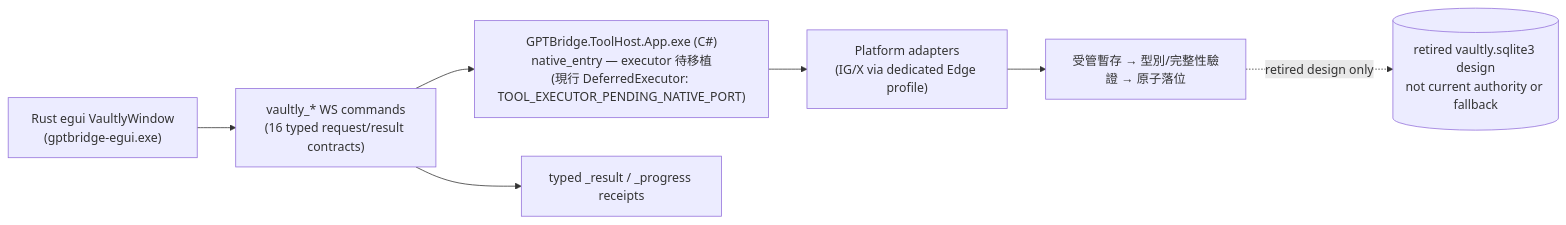
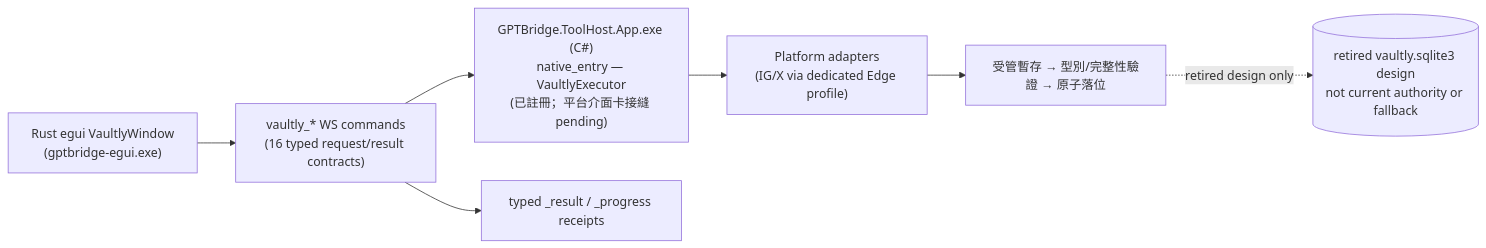
Before and after one commit to guilty442-source/GPTBridge: the diagram in governance_rule/codex/architecture-tool-vaultly.md, drawn with Mermaid. The commit also changed other lines of this file and 21 other files, not shown here.

````diff
--- a/governance_rule/codex/architecture-tool-vaultly.md
+++ b/governance_rule/codex/architecture-tool-vaultly.md
@@ -3,9 +3,9 @@
 ```mermaid
 flowchart LR
   UI["Rust egui VaultlyWindow<br/>(gptbridge-egui.exe)"] --> REQ["vaultly_* WS commands<br/>(16 typed request/result contracts)"]
-  REQ --> HOST["GPTBridge.ToolHost.App.exe (C#)<br/>native_entry — executor 待移植<br/>(現行 DeferredExecutor: TOOL_EXECUTOR_PENDING_NATIVE_PORT)"]
+  REQ --> HOST["GPTBridge.ToolHost.App.exe (C#)<br/>native_entry — VaultlyExecutor<br/>(已註冊；平台介面卡接縫 pending)"]
   HOST --> ADAPT["Platform adapters<br/>(IG/X via dedicated Edge profile)"]
   ADAPT --> TEMP["受管暫存 → 型別/完整性驗證 → 原子落位"]
   TEMP -. retired design only .-> SQLITE[("retired vaultly.sqlite3 design<br/>not current authority or fallback")]
   REQ --> RECEIPT["typed _result / _progress receipts"]
 ```
````
